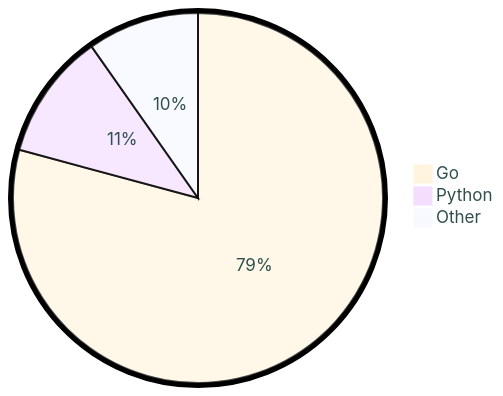
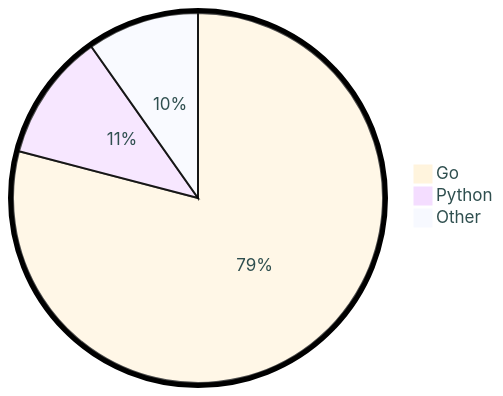
One commit to tot0p/tot0p changed the diagram in README.md. Above: the diagram before and after it, drawn with Mermaid. The commit also changed other lines of this file, not shown here.

````diff
--- a/README.md
+++ b/README.md
@@ -78,7 +77,7 @@
 ```mermaid
 %%{init: {"pie": {"textPosition": 0.5}, "themeVariables": {"pieOuterStrokeWidth": "5px","primaryTextColor" : "#2F4F4F"},"theme":"base"} }%%
 pie
-	"Go": 79.2
-	"Python": 11.06
-	"Other": 9.75
+	"Go": 79.07
+	"Python": 11.16
+	"Other": 9.769999999999998
 ```
````
